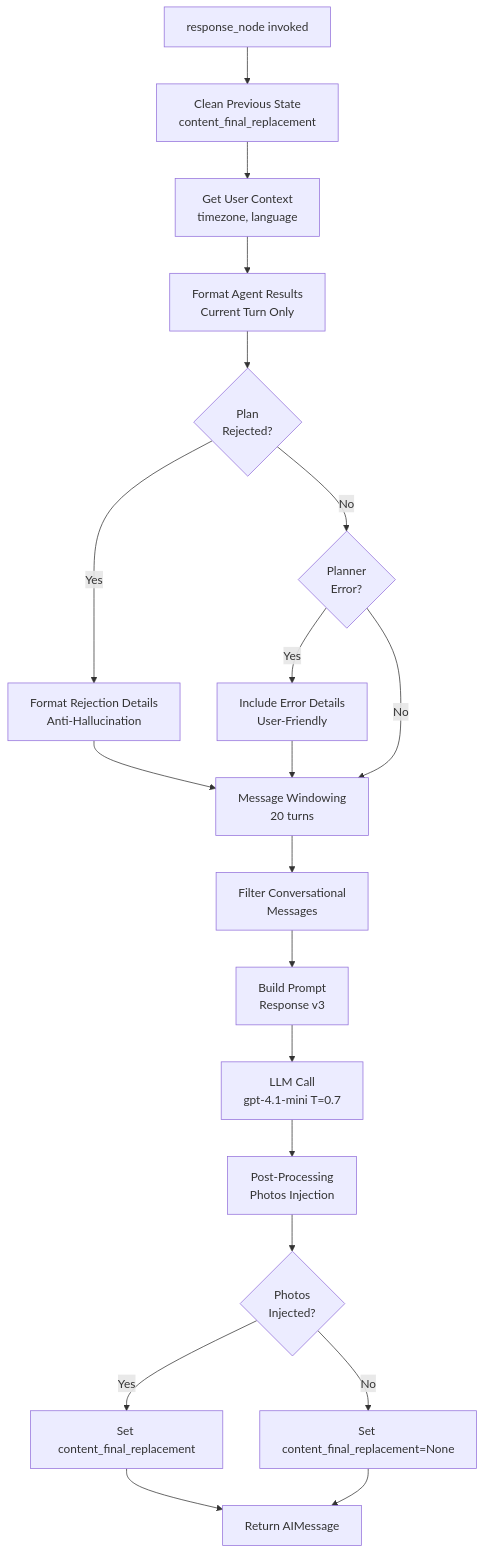
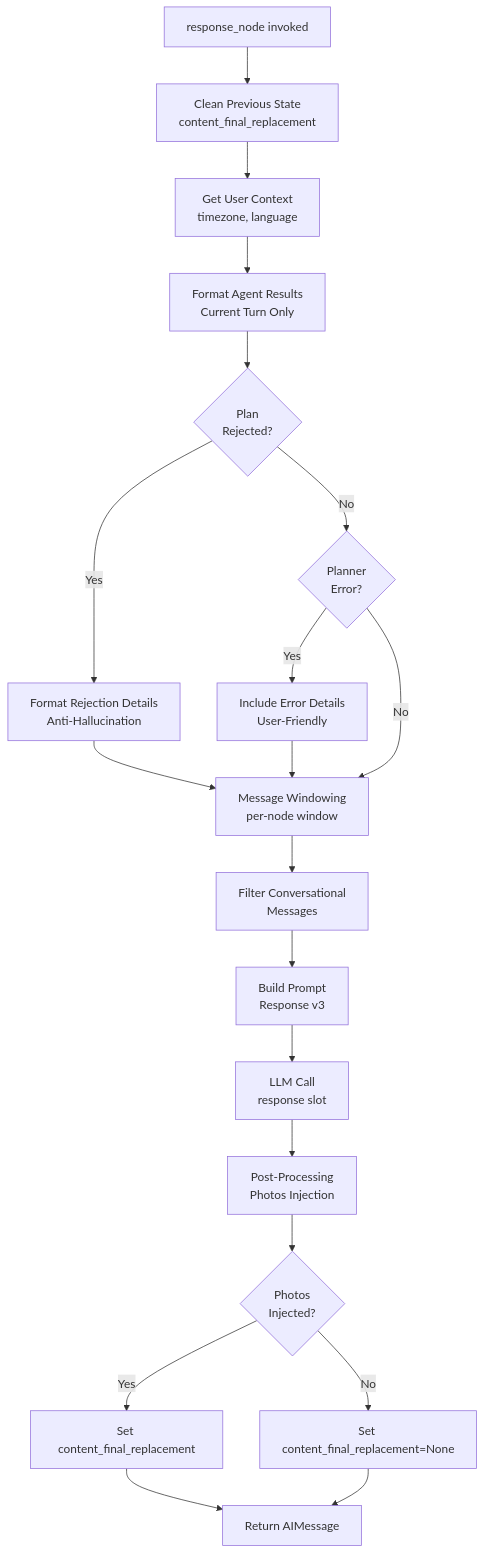
The second of 5 diagrams in docs/technical/RESPONSE.md (jgouviergmail/LIA-Assistant), drawn with Mermaid before and after one commit. The commit also changed other lines of this file and 123 other files, not shown here.

````diff
--- a/docs/technical/RESPONSE.md
+++ b/docs/technical/RESPONSE.md
@@ -81,22 +81,22 @@
 ```mermaid
 graph TD
     A[response_node invoked] --> B[Clean Previous State<br/>content_final_replacement]
     B --> C[Get User Context<br/>timezone, language]
     C --> D[Format Agent Results<br/>Current Turn Only]
     D --> E{Plan<br/>Rejected?}
     E -->|Yes| F[Format Rejection Details<br/>Anti-Hallucination]
     E -->|No| G{Planner<br/>Error?}
     G -->|Yes| H[Include Error Details<br/>User-Friendly]
-    G -->|No| I[Message Windowing<br/>20 turns]
+    G -->|No| I[Message Windowing<br/>per-node window]
     F --> I
     H --> I
     I --> J[Filter Conversational<br/>Messages]
     J --> K[Build Prompt<br/>Response v3]
-    K --> L[LLM Call<br/>gpt-4.1-mini T=0.7]
+    K --> L[LLM Call<br/>response slot]
     L --> M[Post-Processing<br/>Photos Injection]
     M --> N{Photos<br/>Injected?}
     N -->|Yes| O[Set content_final_replacement]
     N -->|No| P[Set content_final_replacement=None]
     O --> Q[Return AIMessage]
     P --> Q
 ```
````
